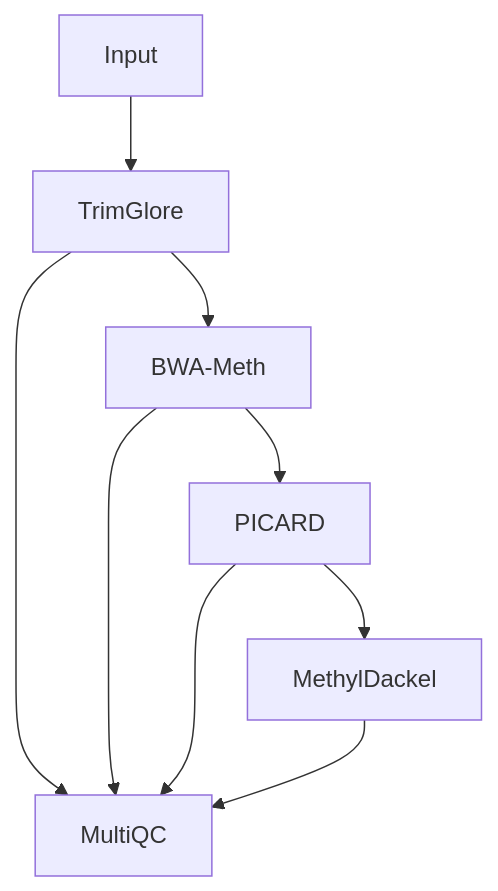
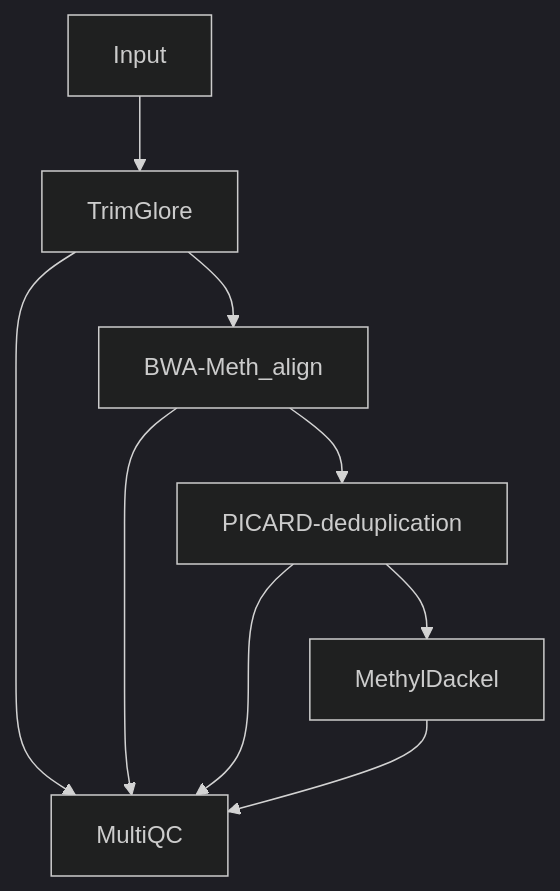
One commit to yxiangSG/nf_testdata changed the diagram in README.md. Above: the diagram before and after it, drawn with Mermaid.

````diff
--- a/README.md
+++ b/README.md
@@ -3,12 +3,14 @@
 ```mermaid
- %%{init: { width: 1000}  }%%
+ %%{init: {  'logLevel': 'debug', 'theme': 'dark'}  }%%
 graph TD;
+%%{config: { 'fontFamily': 'Menlo', 'fontSize': 30, 'fontWeight': 400, 'width' : 1600} }%%
+
 Input-->TrimGlore;
-TrimGlore-->BWA-Meth;
+TrimGlore-->BWA-Meth_align;
 TrimGlore-->MultiQC;
-BWA-Meth-->MultiQC;
-BWA-Meth-->PICARD;
-PICARD-->MultiQC;
-PICARD-->MethylDackel;
+BWA-Meth_align-->MultiQC;
+BWA-Meth_align-->PICARD-deduplication;
+PICARD-deduplication-->MultiQC;
+PICARD-deduplication-->MethylDackel;
 MethylDackel-->MultiQC;
 ```
````
